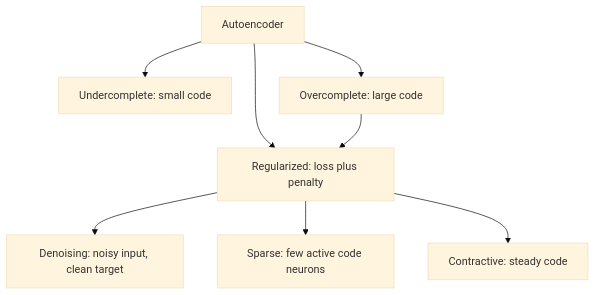
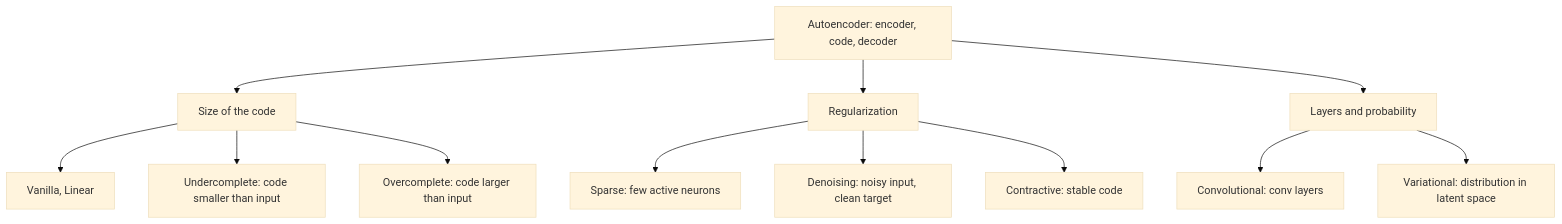
The second of 4 diagrams in content/deep-learning/notes/autoencoders.mdx (TrendySloth1001/sem-seven-notes), drawn with Mermaid (base theme) before and after one commit. The commit also changed other lines of this file and 254 other files, not shown here.

Commit message:
Rewrite the backpropagation, gradient descent, regularization and autoencoder notes and their 29 answers from the teachers' class files. They use 185 teacher figures with class-notes citations only, and correct the AdaGrad, RMSProp, Nesterov and batch-norm numbers on the slides.

````diff
--- a/content/deep-learning/notes/autoencoders.mdx
+++ b/content/deep-learning/notes/autoencoders.mdx
@@ -233,11 +247,15 @@
 ```mermaid
-%% caption: The autoencoder family in the syllabus. The undercomplete type is controlled by code size; the others are regularized and may use a large code.
+%% caption: The nine autoencoder types grouped by what is changed. The basic design is the same; only the constraint on the code or the input changes.
 flowchart TD
-  A["Autoencoder"] --> U["Undercomplete: small code"]
-  A --> O["Overcomplete: large code"]
-  A --> RG["Regularized: loss plus penalty"]
-  O --> RG
-  RG --> DN["Denoising: noisy input, clean target"]
-  RG --> SP["Sparse: few active code neurons"]
-  RG --> CT["Contractive: steady code"]
+  A["Autoencoder: encoder, code, decoder"] --> B["Size of the code"]
+  A --> C["Regularization"]
+  A --> D["Layers and probability"]
+  B --> B1["Vanilla, Linear"]
+  B --> B2["Undercomplete: code smaller than input"]
+  B --> B3["Overcomplete: code larger than input"]
+  C --> C1["Sparse: few active neurons"]
+  C --> C2["Denoising: noisy input, clean target"]
+  C --> C3["Contractive: stable code"]
+  D --> D1["Convolutional: conv layers"]
+  D --> D2["Variational: distribution in latent space"]
 ```
````
